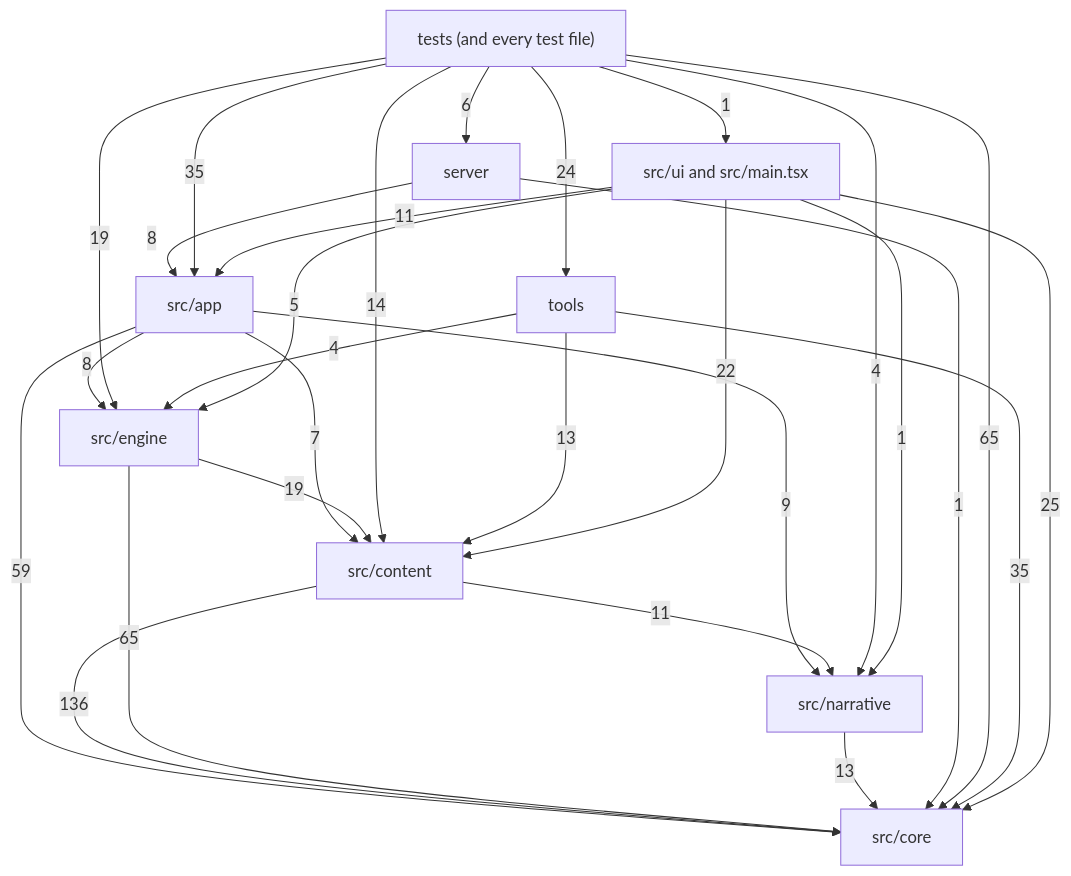
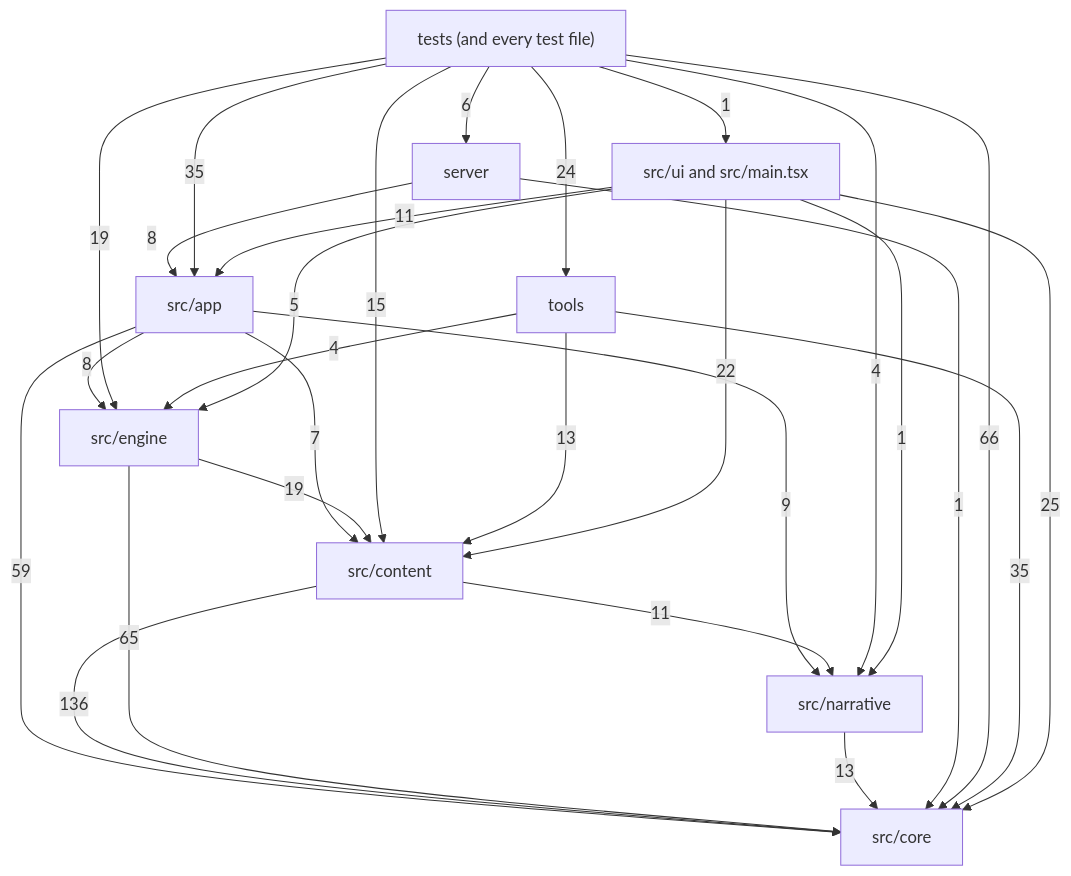
The diagram in docs/reference/code-map/README.md (OrangeB0lt/Cyber-funk), drawn with Mermaid before and after one commit. The commit also changed other lines of this file and 5 other files, not shown here.

````diff
--- a/docs/reference/code-map/README.md
+++ b/docs/reference/code-map/README.md
@@ -29,39 +29,39 @@
 ```mermaid
 flowchart TD
   core["src/core"]
   narrative["src/narrative"]
   content["src/content"]
   engine["src/engine"]
   app["src/app"]
   ui["src/ui and src/main.tsx"]
   server["server"]
   tools["tools"]
   tests["tests (and every test file)"]
   app -->|7| content
   app -->|59| core
   app -->|8| engine
   app -->|9| narrative
   content -->|136| core
   content -->|11| narrative
   engine -->|19| content
   engine -->|65| core
   narrative -->|13| core
   server -->|8| app
   server -->|1| core
   tests -->|35| app
-  tests -->|14| content
-  tests -->|65| core
+  tests -->|15| content
+  tests -->|66| core
   tests -->|19| engine
   tests -->|4| narrative
   tests -->|6| server
   tests -->|24| tools
   tests -->|1| ui
   tools -->|13| content
   tools -->|35| core
   tools -->|4| engine
   ui -->|11| app
   ui -->|22| content
   ui -->|25| core
   ui -->|5| engine
   ui -->|1| narrative
 ```
````
